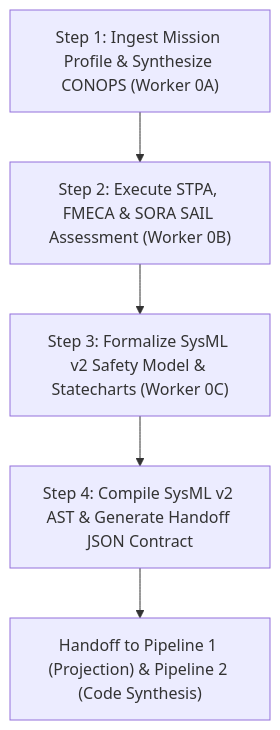
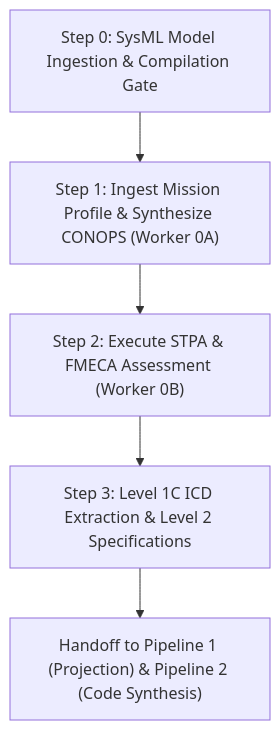
Before and after one commit to gintatkinson/DEAP01-spec-core: the second of 2 diagrams in README.md, drawn with Mermaid. The commit also changed other lines of this file and 3 other files, not shown here.

Commit message:
docs: purge aviation contamination and resequence pipeline 0 to Step 0 SysML (refs #308, refs #318)

````diff
--- a/README.md
+++ b/README.md
@@ -673,7 +626,7 @@
 ```mermaid
 flowchart TD
-    Step1["Step 1: Ingest Mission Profile & Synthesize CONOPS (Worker 0A)"] --> Step2["Step 2: Execute STPA, FMECA & SORA SAIL Assessment (Worker 0B)"]
-    Step2 --> Step3["Step 3: Formalize SysML v2 Safety Model & Statecharts (Worker 0C)"]
-    Step3 --> Step4["Step 4: Compile SysML v2 AST & Generate Handoff JSON Contract"]
-    Step4 --> Downstream["Handoff to Pipeline 1 (Projection) & Pipeline 2 (Code Synthesis)"]
+    Step0["Step 0: SysML Model Ingestion & Compilation Gate"] --> Step1["Step 1: Ingest Mission Profile & Synthesize CONOPS (Worker 0A)"]
+    Step1 --> Step2["Step 2: Execute STPA & FMECA Assessment (Worker 0B)"]
+    Step2 --> Step3["Step 3: Level 1C ICD Extraction & Level 2 Specifications"]
+    Step3 --> Downstream["Handoff to Pipeline 1 (Projection) & Pipeline 2 (Code Synthesis)"]
 ```
````
